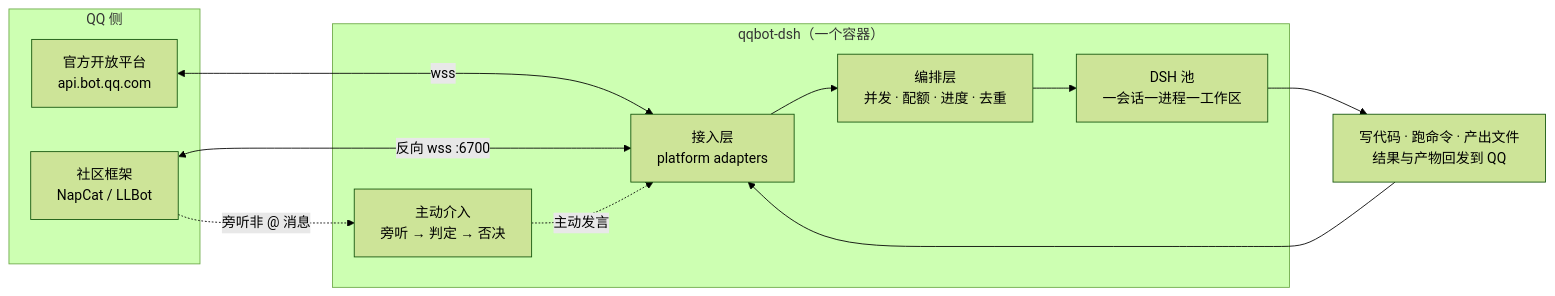
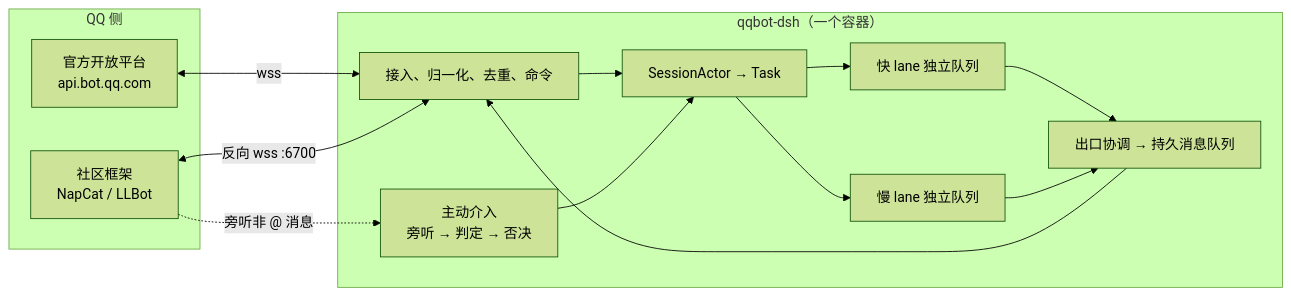
Before and after one commit to woodPeckerAnos/qqbot-dsh: the diagram in README.md, drawn with Mermaid (forest theme). The commit also changed other lines of this file and 90 other files, not shown here.

First line of the commit message:
refactor(task): 引入 SessionActor 双 lane 与独立投递队列

````diff
--- a/README.md
+++ b/README.md
@@ -17,19 +17,21 @@
 ```mermaid
 flowchart LR
   subgraph QQ["QQ 侧"]
     A["官方开放平台<br/>api.bot.qq.com"]
     B["社区框架<br/>NapCat / LLBot"]
   end
 
   subgraph BOT["qqbot-dsh（一个容器）"]
-    C["接入层<br/>platform adapters"] --> D["编排层<br/>并发 · 配额 · 进度 · 去重"]
-    D --> E["DSH 池<br/>一会话一进程一工作区"]
-    G["主动介入<br/>旁听 → 判定 → 否决"] -.->|主动发言| C
+    C["接入、归一化、去重、命令"] --> D["SessionActor → Task"]
+    D --> E["快 lane 独立队列"]
+    D --> F["慢 lane 独立队列"]
+    G["主动介入<br/>旁听 → 判定 → 否决"] --> D
+    E --> O["出口协调 → 持久消息队列"]
+    F --> O
+    O --> C
   end
 
   A <-->|wss| C
   B <-->|反向 wss :6700| C
   B -.->|旁听非 @ 消息| G
-  E --> F["写代码 · 跑命令 · 产出文件<br/>结果与产物回发到 QQ"]
-  F --> C
 ```
````
